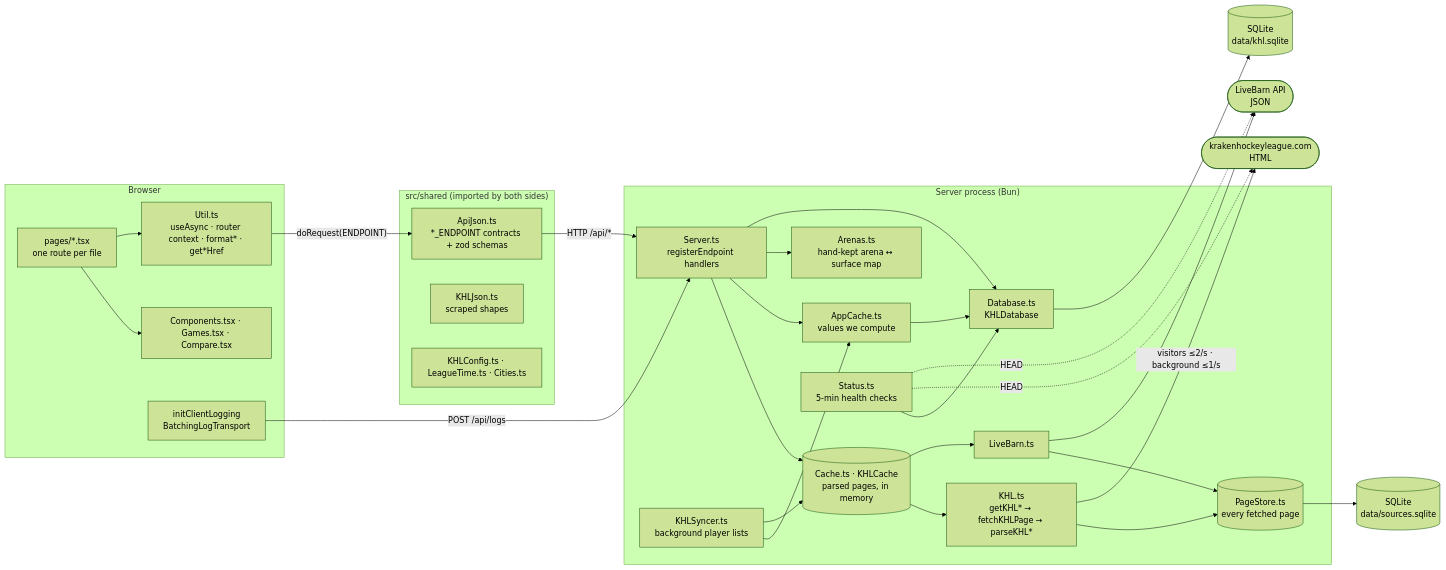
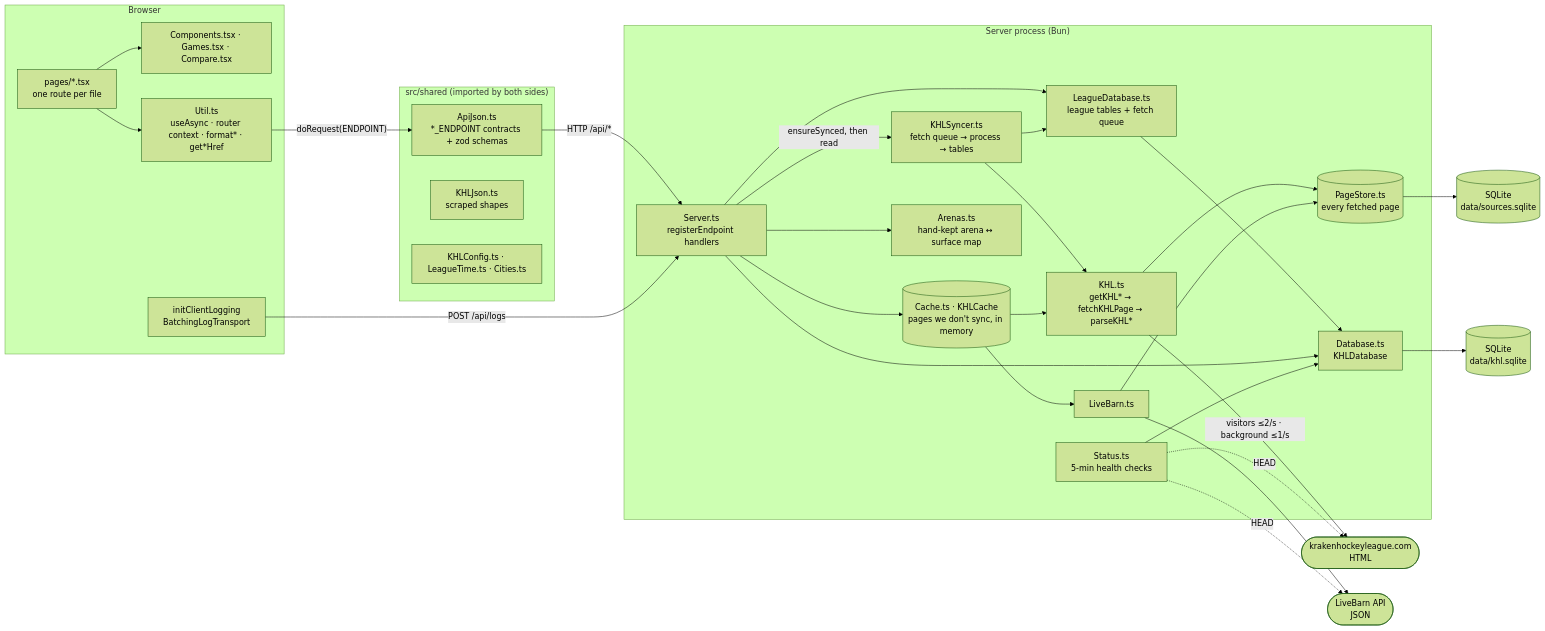
One commit to dvdzkwsk/dvdzkwsk changed the first of 7 diagrams in projects/khl/ARCHITECTURE.md. Above: the diagram before and after it, drawn with Mermaid (forest theme). The commit also changed other lines of this file and 15 other files, not shown here.

First line of the commit message:
KHL: sync through a persistent fetch queue, and read the league from tables

````diff
--- a/projects/khl/ARCHITECTURE.md
+++ b/projects/khl/ARCHITECTURE.md
@@ -5,57 +5,58 @@
 ```mermaid
 flowchart LR
     subgraph Browser
         Pages["pages/*.tsx<br/>one route per file"]
         UI["Components.tsx · Games.tsx · Compare.tsx"]
         Util["Util.ts<br/>useAsync · router context · format* · get*Href"]
         ClientLog["initClientLogging<br/>BatchingLogTransport"]
         Pages --> UI
         Pages --> Util
     end
 
     subgraph Shared["src/shared (imported by both sides)"]
         ApiJson["ApiJson.ts<br/>*_ENDPOINT contracts + zod schemas"]
         KHLJson["KHLJson.ts<br/>scraped shapes"]
         Config["KHLConfig.ts · LeagueTime.ts · Cities.ts"]
     end
 
     subgraph Server["Server process (Bun)"]
         Express["Server.ts<br/>registerEndpoint handlers"]
-        Cache[("Cache.ts · KHLCache<br/>parsed pages, in memory")]
+        Cache[("Cache.ts · KHLCache<br/>pages we don't sync, in memory")]
         PageStore[("PageStore.ts<br/>every fetched page")]
-        AppCache["AppCache.ts<br/>values we compute"]
-        Syncer["KHLSyncer.ts<br/>background player lists"]
+        Syncer["KHLSyncer.ts<br/>fetch queue → process → tables"]
+        League["LeagueDatabase.ts<br/>league tables + fetch queue"]
         KHL["KHL.ts<br/>getKHL* → fetchKHLPage → parseKHL*"]
         LB["LiveBarn.ts"]
         Arenas["Arenas.ts<br/>hand-kept arena ↔ surface map"]
         DB["Database.ts<br/>KHLDatabase"]
         Status["Status.ts<br/>5-min health checks"]
     end
 
     SQLite[("SQLite<br/>data/khl.sqlite")]
     PagesDB[("SQLite<br/>data/sources.sqlite")]
     KHLSite(["krakenhockeyleague.com<br/>HTML"])
     LBAPI(["LiveBarn API<br/>JSON"])
 
     Util -- "doRequest(ENDPOINT)" --> ApiJson
     ApiJson -- "HTTP /api/*" --> Express
     ClientLog -- "POST /api/logs" --> Express
     Express --> Cache
-    Express --> AppCache
-    Syncer --> AppCache
-    Syncer --> Cache
-    AppCache --> DB
+    Express -- "ensureSynced, then read" --> Syncer
+    Express --> League
+    Syncer --> KHL
+    Syncer --> League
+    League --> DB
     Cache --> KHL
     Cache --> LB
     KHL --> PageStore
     LB --> PageStore
     PageStore --> PagesDB
     Express --> Arenas
     Express --> DB
     Status --> DB
     DB --> SQLite
     KHL -- "visitors ≤2/s · background ≤1/s" --> KHLSite
     LB --> LBAPI
     Status -. "HEAD" .-> KHLSite
     Status -. "HEAD" .-> LBAPI
 ```
````
